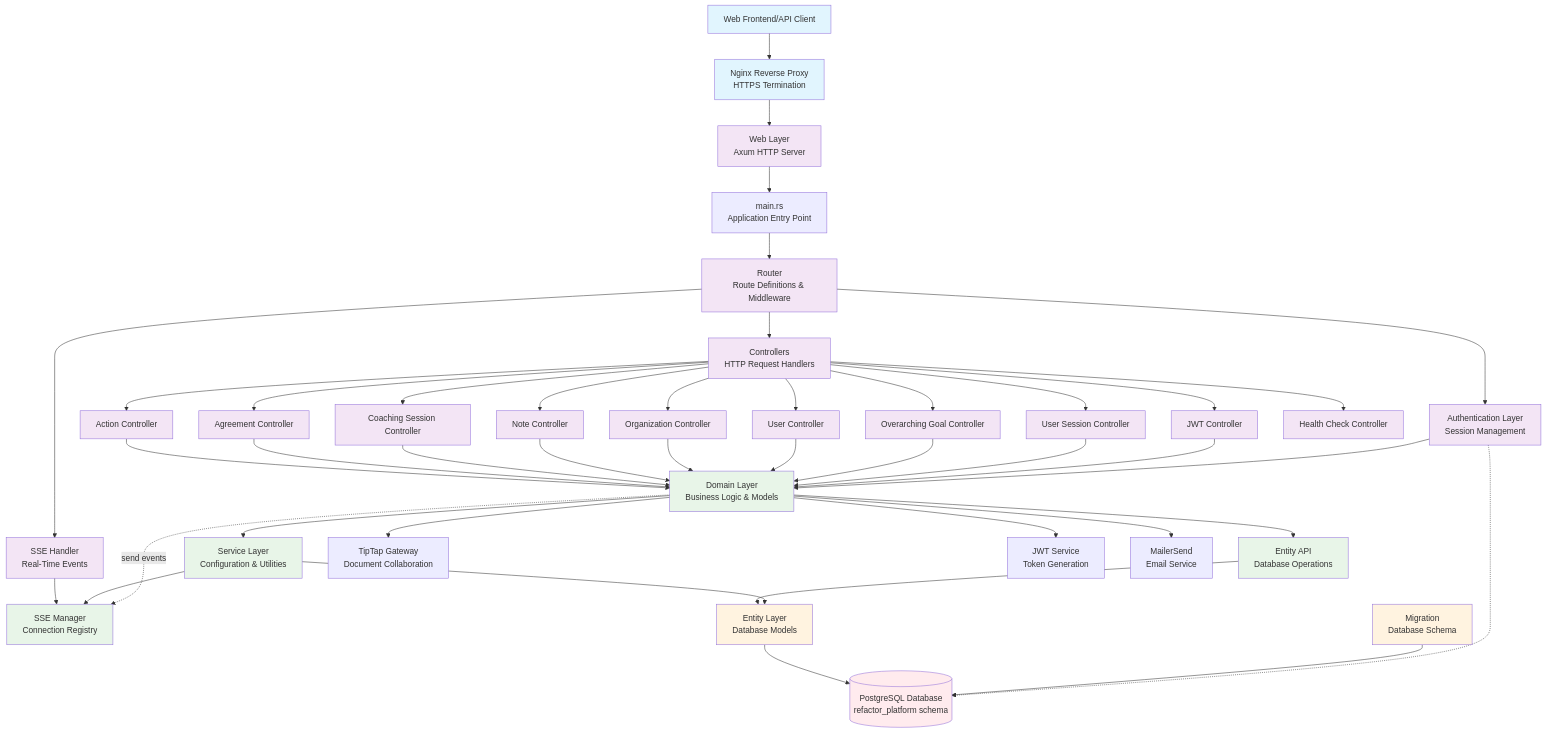
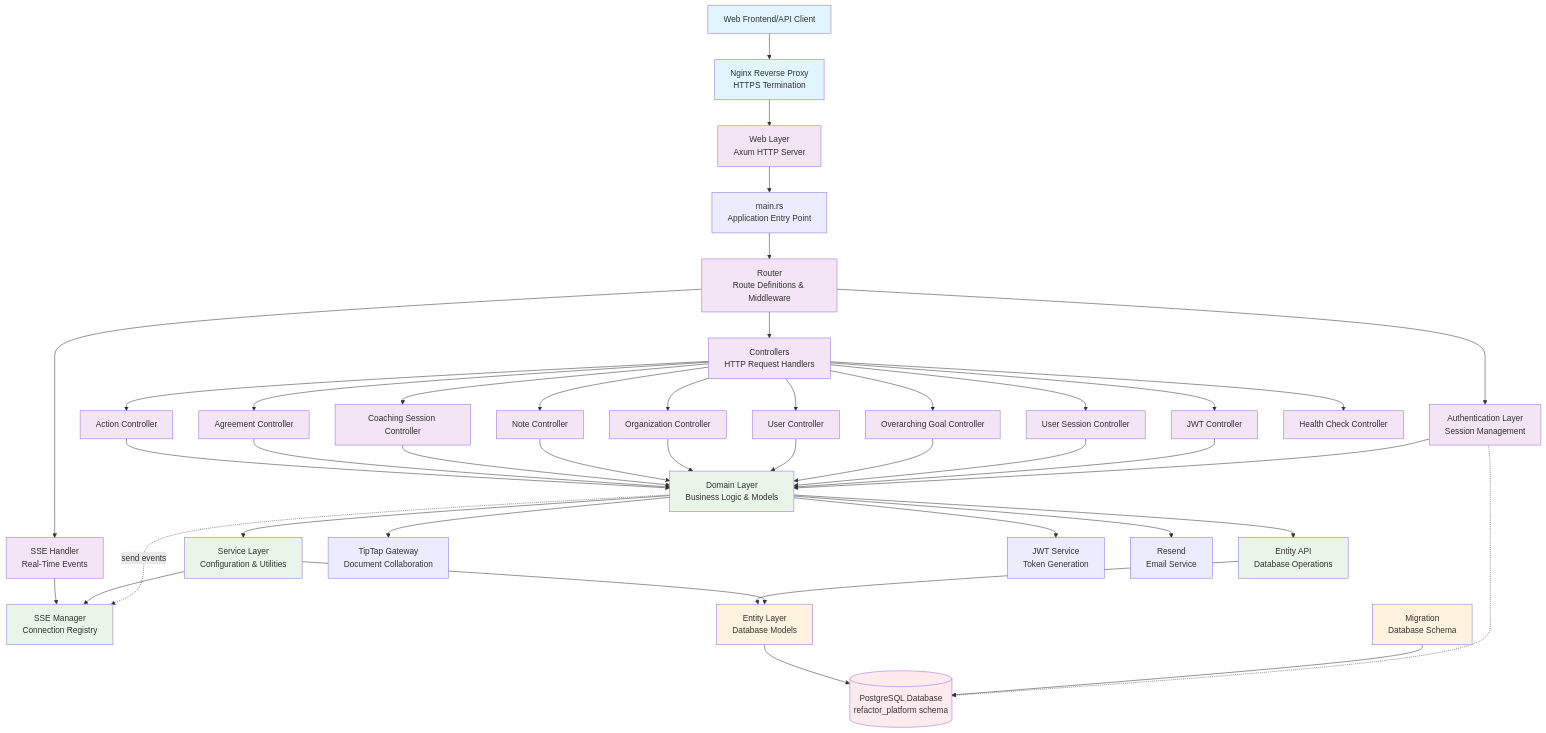
Before and after one commit to refactor-group/refactor-platform-rs: the diagram in docs/architecture/system_architecture_diagram.md, drawn with Mermaid. The commit also changed other lines of this file and 14 other files, not shown here.

First line of the commit message:
feat: migrate transactional email from MailerSend to Resend

```diff
--- a/docs/architecture/system_architecture_diagram.md
+++ b/docs/architecture/system_architecture_diagram.md
@@ -91,7 +91,7 @@
     %% External Services
     TipTap[TipTap Gateway<br/>Document Collaboration]
     JWT[JWT Service<br/>Token Generation]
-    MailerSend[MailerSend<br/>Email Service]
+    Resend[Resend<br/>Email Service]
     
     %% Request Flow
     Client --> Nginx
@@ -149,7 +149,7 @@
     %% External Integrations
     Domain --> TipTap
     Domain --> JWT
-    Domain --> MailerSend
+    Domain --> Resend
     
     %% Styling
     classDef external fill:#e1f5fe
```
